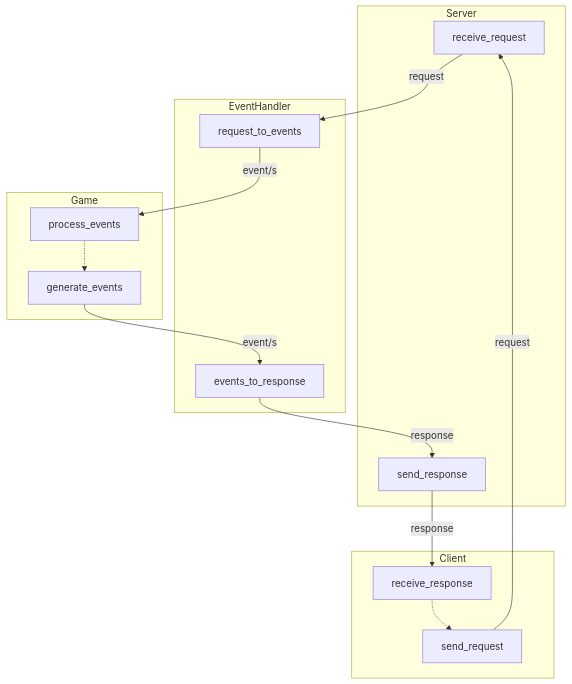
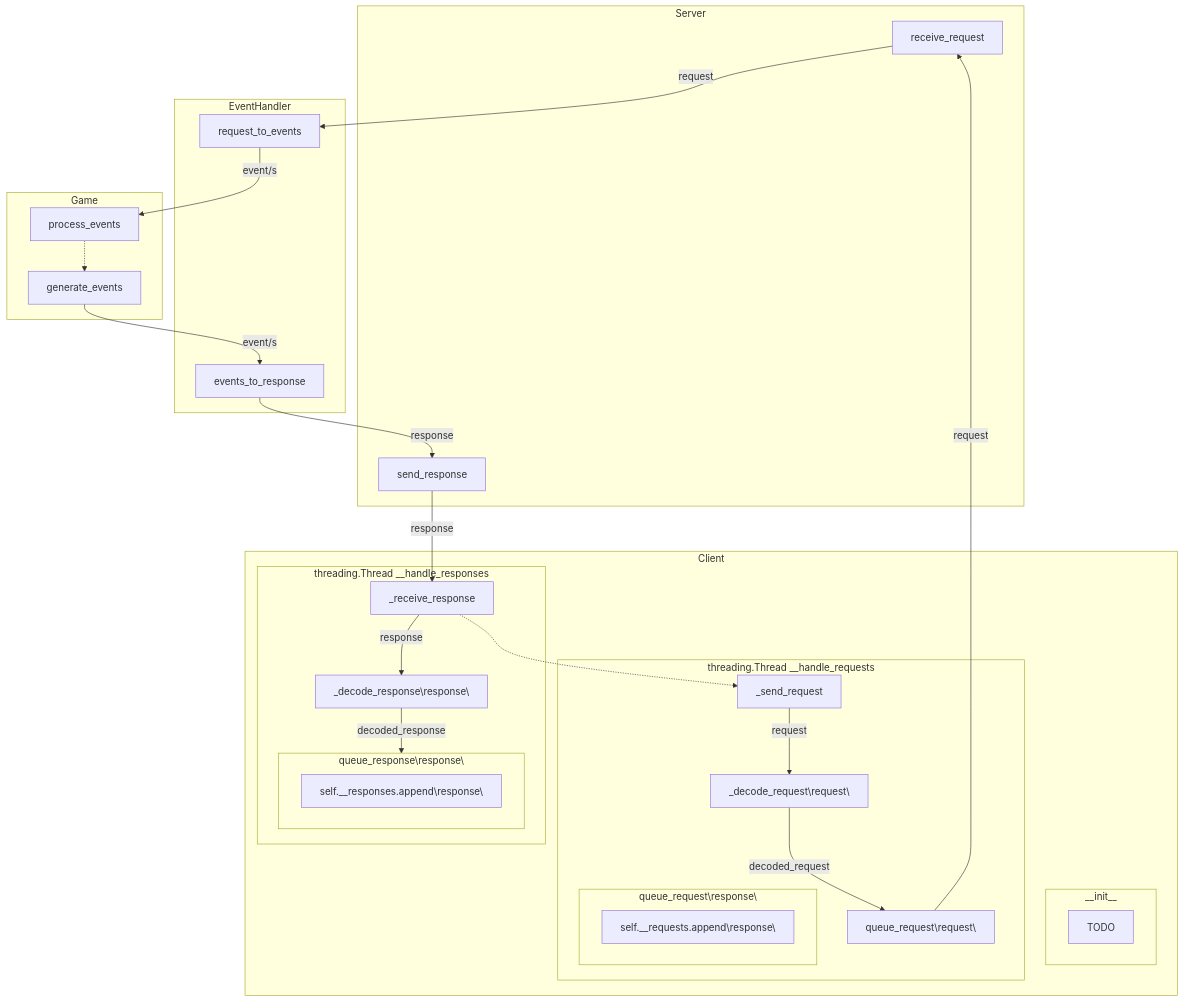
One commit to likecookiesstudio/ecs-game-engine changed the sixth of 6 diagrams in README.md. Above: the diagram before and after it, drawn with Mermaid. The commit also changed other lines of this file and 1 other file, not shown here.

Commit message:
update client docs

````diff
--- a/README.md
+++ b/README.md
@@ -96,36 +96,50 @@
 ```mermaid
 graph TD;
 
     subgraph Server
-    receive_request
-    send_response
+        receive_request
+        send_response
     end
 
     subgraph Client
-    send_request
-    receive_response
+        subgraph __init__
+            TODO
+        end
+        _send_request
+        subgraph threading.Thread  __handle_responses
+            subgraph queue_response\response\
+                self.__responses.append\response\
+            end
+            _receive_response --response--> _decode_response\response\--decoded_response-->queue_response\response\
+        end
+        subgraph threading.Thread  __handle_requests
+            subgraph queue_request\response\
+                self.__requests.append\response\
+            end
+            _send_request --request--> _decode_request\request\--decoded_request-->queue_request\request\
+        end
     end
 
     subgraph EventHandler
-    request_to_events
-    events_to_response
+        request_to_events
+        events_to_response
     end
 
     subgraph Game
-    process_events
-    generate_events
+        process_events
+        generate_events
     end
 
-    receive_response-.->send_request
+    _receive_response-.->_send_request
 
-    send_request--request-->receive_request;
+    queue_request\request\--request-->receive_request;
     receive_request--request-->request_to_events;
     request_to_events--event/s-->process_events;
 
     process_events-.->generate_events
 
     generate_events--event/s-->events_to_response;
     events_to_response--response-->send_response;
-    send_response--response-->receive_response;
+    send_response--response-->_receive_response;
 
 ```
````
